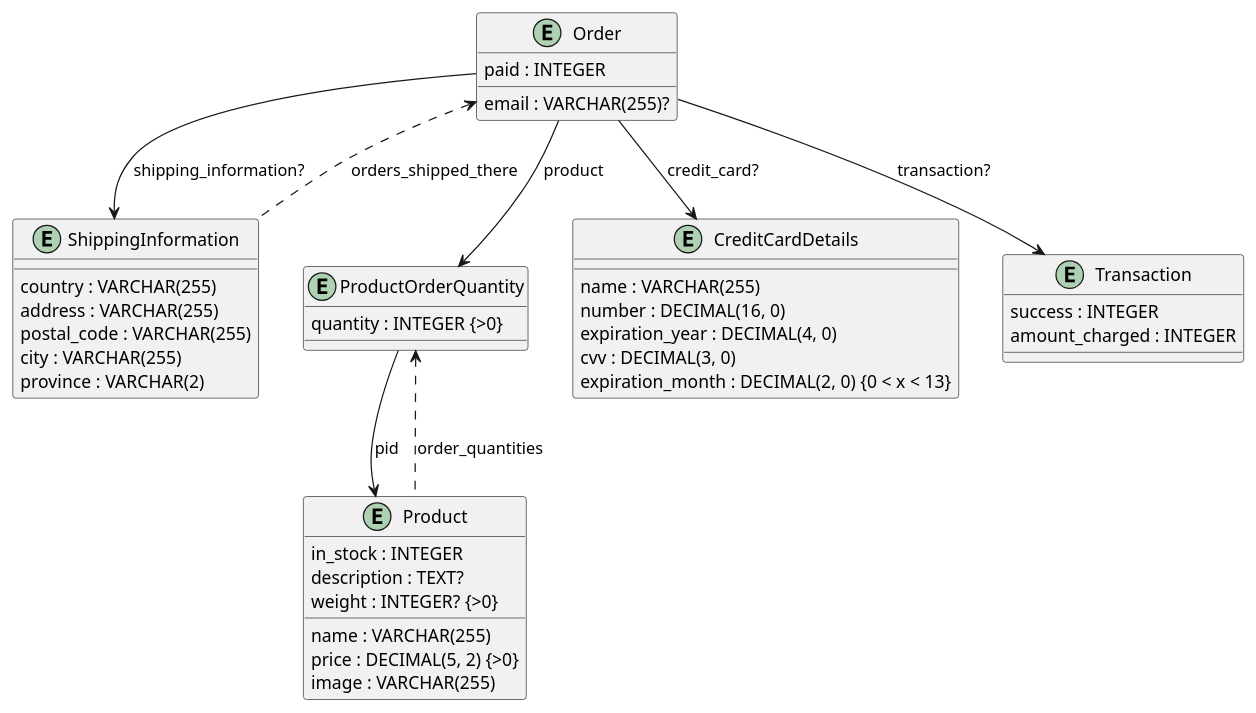
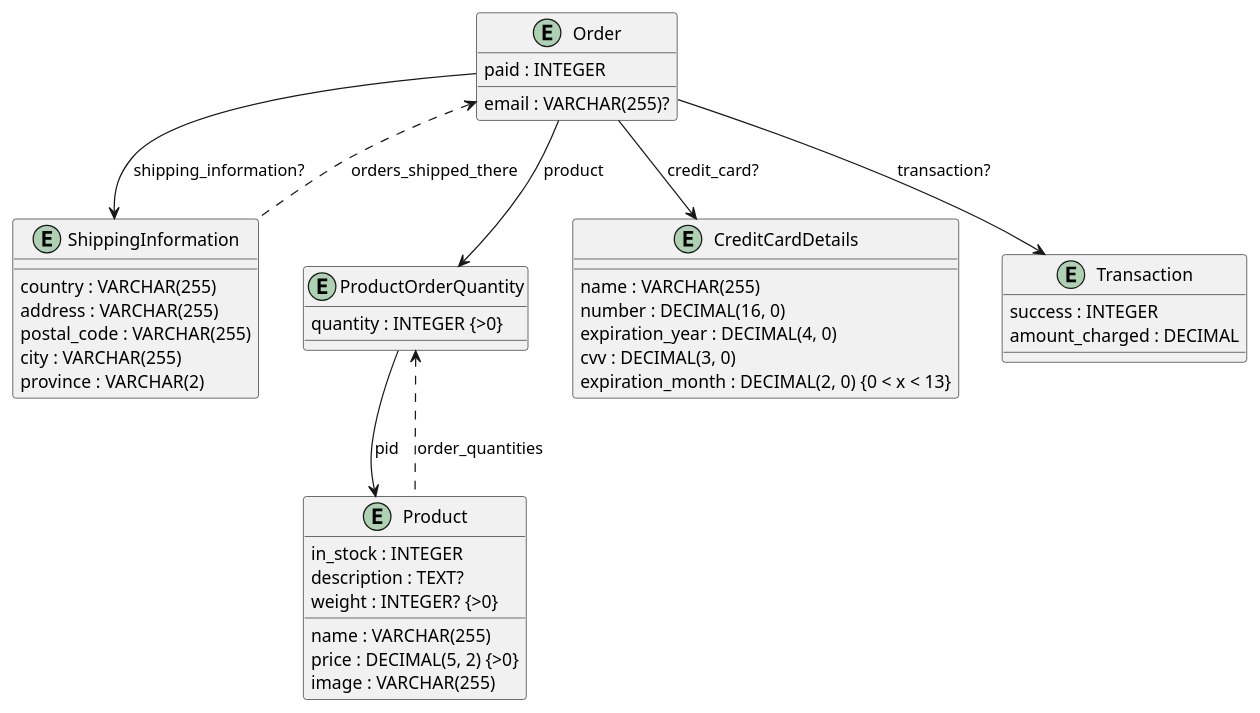
The diagram in doc/model.puml (brevalferrari/flask-8INF349), drawn with PlantUML before and after one commit.

Commit message:
switch transaction total charged field to float

```diff
--- a/doc/model.puml
+++ b/doc/model.puml
@@ -1,51 +1,51 @@
 @startuml model
 
 entity Product {
   name : VARCHAR(255)
   in_stock : INTEGER
   description : TEXT?
   price : DECIMAL(5, 2) {>0}
   weight : INTEGER? {>0}
   image : VARCHAR(255)
 }
 
 entity ShippingInformation {
   country : VARCHAR(255)
   address : VARCHAR(255)
   postal_code : VARCHAR(255)
   city : VARCHAR(255)
   province : VARCHAR(2)
 }
 
 entity ProductOrderQuantity {
   quantity : INTEGER {>0}
 }
 
 entity CreditCardDetails {
   name : VARCHAR(255)
   number : DECIMAL(16, 0)
   expiration_year : DECIMAL(4, 0)
   cvv : DECIMAL(3, 0)
   expiration_month : DECIMAL(2, 0) {0 < x < 13}
 }
 
 entity Transaction {
   success : INTEGER
-  amount_charged : INTEGER
+  amount_charged : DECIMAL
 }
 
 entity Order {
   email : VARCHAR(255)?
   paid : INTEGER
 }
 
 ' Foreign keys (-->), backrefs (<..)
 ProductOrderQuantity --> Product: pid
 ProductOrderQuantity <.. Product: order_quantities
 Order --> ProductOrderQuantity: product
 Order --> CreditCardDetails: credit_card?
 Order --> ShippingInformation: shipping_information?
 Order <.. ShippingInformation: orders_shipped_there
 Order --> Transaction: transaction?
 
 @enduml
```
